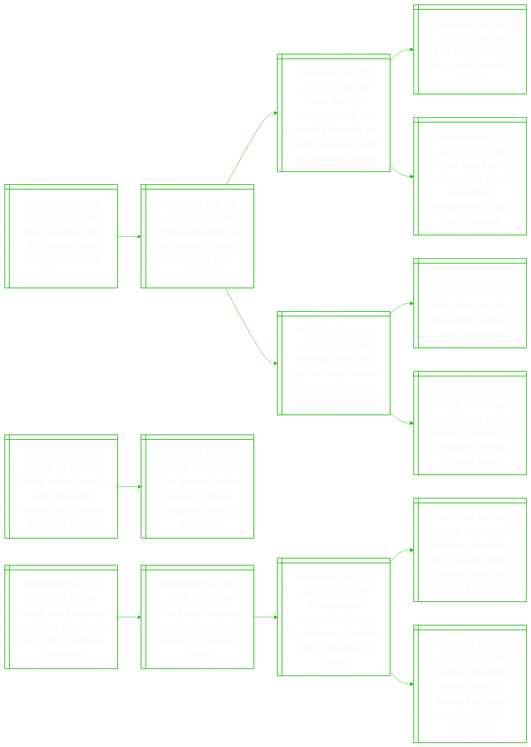
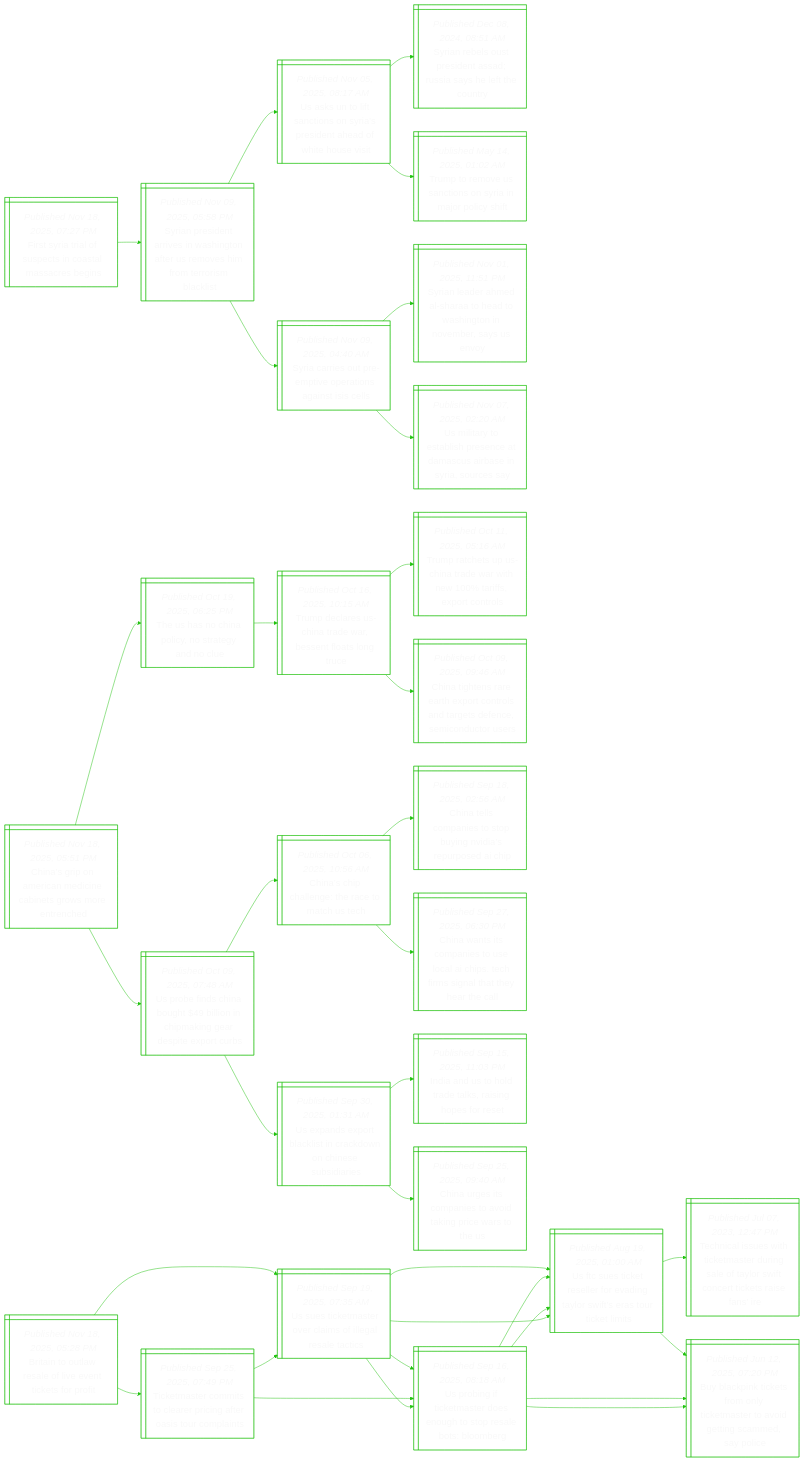
Before and after one commit to notJmes/notJmes: the diagram in README.md, drawn with Mermaid. The commit also changed other lines of this file, not shown here.

````diff
--- a/README.md
+++ b/README.md
@@ -16,52 +16,112 @@
 flowchart LR
 classDef txtsize font-size:20px;
 
-Poitloridcs@{ shape: win-pane, label: "_Published Nov 18, 2025, 02:50 PM_
-Poor countries got $1.3 trillion loans from china. so did rich ones." }
-CoeSlsoegvc@{ shape: win-pane, label: "_Published Sep 13, 2024, 10:05 AM_
-China outspends us by billions in global lending: us govt watchdog" }
-CfgeuRaessbvsih@{ shape: win-pane, label: "_Published Apr 29, 2024, 08:18 AM_
-China firms go ‘underground’ on russia payments as banks pull back over us sanctions threat" }
-Feuiea@{ shape: win-pane, label: "_Published Feb 24, 2023, 05:54 PM_
-Feb 24, 2022: the day russia invaded ukraine" }
-CsegosdnndiAace@{ shape: win-pane, label: "_Published Feb 28, 2024, 10:27 AM_
-China says beijing and moscow should strengthen coordination on asia-pacific issues" }
-RaapnknStndos@{ shape: win-pane, label: "_Published Jun 21, 2024, 10:11 AM_
-Russia, china find payment workaround as us sanctions net widens, sources say" }
-BbSssktout@{ shape: win-pane, label: "_Published Jun 21, 2024, 08:43 AM_
-Biden bans us sales of kaspersky software over russia ties" }
-Ulanihiuiseeo@{ shape: win-pane, label: "_Published Jun 14, 2024, 02:56 AM_
-Us mulls new actions against china firms supplying russia defence sector" }
+FStopisarg@{ shape: win-pane, label: "_Published Nov 18, 2025, 07:27 PM_
+First syria trial of suspects in coastal massacres begins" }
+SniaeagfSvmtrli@{ shape: win-pane, label: "_Published Nov 09, 2025, 05:58 PM_
+Syrian president arrives in washington after us removes him from terrorism blacklist" }
+UslaoSsiaotsi@{ shape: win-pane, label: "_Published Nov 05, 2025, 08:17 AM_
+Us asks un to lift sanctions on syria’s president ahead of white house visit" }
+SnltiARahtoy@{ shape: win-pane, label: "_Published Dec 08, 2024, 08:51 AM_
+Syrian rebels oust president assad; russia says he left the country" }
+Ttosinajlh@{ shape: win-pane, label: "_Published May 14, 2025, 01:02 AM_
+Trump to remove us sanctions on syria in major policy shift" }
+SceppotasSs@{ shape: win-pane, label: "_Published Nov 09, 2025, 04:40 AM_
+Syria carries out pre-emptive operations against isis cells" }
+SneehtdstNbyn@{ shape: win-pane, label: "_Published Nov 01, 2025, 11:51 PM_
+Syrian leader ahmed al-sharaa to head to washington in november, says us envoy" }
+Uitahetsierus@{ shape: win-pane, label: "_Published Nov 07, 2025, 02:20 AM_
+Us military to establish presence at damascus airbase in syria, sources say" }
 
-Poitloridcs:::txtsize --> CoeSlsoegvc:::txtsize
-CoeSlsoegvc:::txtsize --> CfgeuRaessbvsih:::txtsize
-CfgeuRaessbvsih:::txtsize --> Feuiea:::txtsize
-CfgeuRaessbvsih:::txtsize --> CsegosdnndiAace:::txtsize
-CoeSlsoegvc:::txtsize --> RaapnknStndos:::txtsize
-RaapnknStndos:::txtsize --> BbSssktout:::txtsize
-RaapnknStndos:::txtsize --> Ulanihiuiseeo:::txtsize
+FStopisarg:::txtsize --> SniaeagfSvmtrli:::txtsize
+SniaeagfSvmtrli:::txtsize --> UslaoSsiaotsi:::txtsize
+UslaoSsiaotsi:::txtsize --> SnltiARahtoy:::txtsize
+UslaoSsiaotsi:::txtsize --> Ttosinajlh:::txtsize
+SniaeagfSvmtrli:::txtsize --> SceppotasSs:::txtsize
+SceppotasSs:::txtsize --> SneehtdstNbyn:::txtsize
+SceppotasSs:::txtsize --> Uitahetsierus:::txtsize
 
-Bsonpadlsker@{ shape: win-pane, label: "_Published Nov 18, 2025, 01:30 PM_
-British school bans k-pop bops after ‘demon’ lyrics spark heavenly drama" }
-Keuspkgeie@{ shape: win-pane, label: "_Published Nov 11, 2025, 05:15 PM_
-Kpop demon hunters pop-up to make singapore stop in december" }
+Csormibssen@{ shape: win-pane, label: "_Published Nov 18, 2025, 05:51 PM_
+China’s grip on american medicine cabinets grows more entrenched" }
+ThCpyryo@{ shape: win-pane, label: "_Published Oct 19, 2025, 06:25 PM_
+The us has no china policy, no strategy and no clue" }
+TdrCtwsfst@{ shape: win-pane, label: "_Published Oct 16, 2025, 10:15 AM_
+Trump declares us-china trade war, bessent floats long truce" }
+TreUndweixco@{ shape: win-pane, label: "_Published Oct 11, 2025, 05:16 AM_
+Trump ratchets up us-china trade war with new 100% tariffs, export controls" }
+Ctertonsasnmdrs@{ shape: win-pane, label: "_Published Oct 09, 2025, 09:46 AM_
+China tightens rare earth export controls and targets defence, semiconductor users" }
+Ubdnglipnripu@{ shape: win-pane, label: "_Published Oct 09, 2025, 07:48 AM_
+Us probe finds china bought $49 billion in chipmaking gear despite export curbs" }
+Cscehett@{ shape: win-pane, label: "_Published Oct 06, 2025, 10:56 AM_
+China’s chip challenge: the race to match us tech" }
+Ctcnobgipsc@{ shape: win-pane, label: "_Published Sep 18, 2025, 02:56 AM_
+China tells companies to stop buying nvidia’s repurposed ai chip" }
+Cwimesaherghera@{ shape: win-pane, label: "_Published Sep 27, 2025, 06:30 PM_
+China wants its companies to use local ai chips. tech firms signal that they hear the call" }
+Uaxblnkonuis@{ shape: win-pane, label: "_Published Sep 30, 2025, 01:31 AM_
+Us expands export blacklist in crackdown on chinese subsidiaries" }
+Iatdesiprt@{ shape: win-pane, label: "_Published Sep 15, 2025, 11:03 PM_
+India and us to hold trade talks, raising hopes for reset" }
+CuimevapwoS@{ shape: win-pane, label: "_Published Sep 25, 2025, 09:40 AM_
+China urges its companies to avoid taking price wars to the us" }
 
-Bsonpadlsker:::txtsize --> Keuspkgeie:::txtsize
+Csormibssen:::txtsize --> ThCpyryo:::txtsize
+ThCpyryo:::txtsize --> TdrCtwsfst:::txtsize
+TdrCtwsfst:::txtsize --> TreUndweixco:::txtsize
+TdrCtwsfst:::txtsize --> Ctertonsasnmdrs:::txtsize
+Csormibssen:::txtsize --> Ubdnglipnripu:::txtsize
+Ubdnglipnripu:::txtsize --> Cscehett:::txtsize
+Cscehett:::txtsize --> Ctcnobgipsc:::txtsize
+Cscehett:::txtsize --> Cwimesaherghera:::txtsize
+Ubdnglipnripu:::txtsize --> Uaxblnkonuis:::txtsize
+Uaxblnkonuis:::txtsize --> Iatdesiprt:::txtsize
+Uaxblnkonuis:::txtsize --> CuimevapwoS:::txtsize
 
-Therltsfwrons@{ shape: win-pane, label: "_Published Nov 18, 2025, 11:55 AM_
-Trump has the power to release the epstein files, with or without congress" }
-ATrsHpsaEie@{ shape: win-pane, label: "_Published Nov 18, 2025, 11:15 AM_
-After trump reversal, us house pushes forward on epstein vote" }
-TuRlstrspnsvla@{ shape: win-pane, label: "_Published Nov 17, 2025, 11:57 AM_
-Trump urges republicans to vote for release of epstein files in reversal of stance" }
-HwtipngesTkfot@{ shape: win-pane, label: "_Published Nov 12, 2025, 10:53 PM_
-‘he knew about the girls’: epstein alleged in e-mails that trump knew of his conduct" }
-Utemerddostimt@{ shape: win-pane, label: "_Published Nov 15, 2025, 05:12 AM_
-Us justice department heeds trump’s demand to probe epstein ties with democrats" }
+Biurevnkof@{ shape: win-pane, label: "_Published Nov 18, 2025, 05:28 PM_
+Britain to outlaw resale of live event tickets for profit" }
+TtemoriaOtoi@{ shape: win-pane, label: "_Published Sep 25, 2025, 07:49 PM_
+Ticketmaster commits to clearer pricing after oasis tour complaints" }
+Useteiiaac@{ shape: win-pane, label: "_Published Sep 19, 2025, 07:35 AM_
+Us sues ticketmaster over claims of illegal resale tactics" }
+Ubfeteuseble@{ shape: win-pane, label: "_Published Sep 16, 2025, 08:18 AM_
+Us probing if ticketmaster does enough to stop resale bots: bloomberg" }
+UsirlriywEoci@{ shape: win-pane, label: "_Published Aug 19, 2025, 01:00 AM_
+Us ftc sues ticket reseller for evading taylor swift’s eras tour ticket limits" }
+Ubfeteuseble@{ shape: win-pane, label: "_Published Sep 16, 2025, 08:18 AM_
+Us probing if ticketmaster does enough to stop resale bots: bloomberg" }
+UsirlriywEoci@{ shape: win-pane, label: "_Published Aug 19, 2025, 01:00 AM_
+Us ftc sues ticket reseller for evading taylor swift’s eras tour ticket limits" }
+Bankrlksodiasl@{ shape: win-pane, label: "_Published Jun 12, 2025, 07:20 PM_
+Buy blackpink tickets from only ticketmaster to avoid getting scammed, say police" }
+Useteiiaac@{ shape: win-pane, label: "_Published Sep 19, 2025, 07:35 AM_
+Us sues ticketmaster over claims of illegal resale tactics" }
+Ubfeteuseble@{ shape: win-pane, label: "_Published Sep 16, 2025, 08:18 AM_
+Us probing if ticketmaster does enough to stop resale bots: bloomberg" }
+UsirlriywEoci@{ shape: win-pane, label: "_Published Aug 19, 2025, 01:00 AM_
+Us ftc sues ticket reseller for evading taylor swift’s eras tour ticket limits" }
+Bankrlksodiasl@{ shape: win-pane, label: "_Published Jun 12, 2025, 07:20 PM_
+Buy blackpink tickets from only ticketmaster to avoid getting scammed, say police" }
+UsirlriywEoci@{ shape: win-pane, label: "_Published Aug 19, 2025, 01:00 AM_
+Us ftc sues ticket reseller for evading taylor swift’s eras tour ticket limits" }
+Tiswimrneywotein@{ shape: win-pane, label: "_Published Jul 07, 2023, 12:47 PM_
+Technical issues with ticketmaster during sale of taylor swift concert tickets raise fans’ ire" }
+Bankrlksodiasl@{ shape: win-pane, label: "_Published Jun 12, 2025, 07:20 PM_
+Buy blackpink tickets from only ticketmaster to avoid getting scammed, say police" }
 
-Therltsfwrons:::txtsize --> ATrsHpsaEie:::txtsize
-ATrsHpsaEie:::txtsize --> TuRlstrspnsvla:::txtsize
-TuRlstrspnsvla:::txtsize --> HwtipngesTkfot:::txtsize
-TuRlstrspnsvla:::txtsize --> Utemerddostimt:::txtsize
+Biurevnkof:::txtsize --> TtemoriaOtoi:::txtsize
+TtemoriaOtoi:::txtsize --> Useteiiaac:::txtsize
+Useteiiaac:::txtsize --> Ubfeteuseble:::txtsize
+Useteiiaac:::txtsize --> UsirlriywEoci:::txtsize
+TtemoriaOtoi:::txtsize --> Ubfeteuseble:::txtsize
+Ubfeteuseble:::txtsize --> UsirlriywEoci:::txtsize
+Ubfeteuseble:::txtsize --> Bankrlksodiasl:::txtsize
+Biurevnkof:::txtsize --> Useteiiaac:::txtsize
+Useteiiaac:::txtsize --> Ubfeteuseble:::txtsize
+Ubfeteuseble:::txtsize --> UsirlriywEoci:::txtsize
+Ubfeteuseble:::txtsize --> Bankrlksodiasl:::txtsize
+Useteiiaac:::txtsize --> UsirlriywEoci:::txtsize
+UsirlriywEoci:::txtsize --> Tiswimrneywotein:::txtsize
+UsirlriywEoci:::txtsize --> Bankrlksodiasl:::txtsize
 
 ```
````
